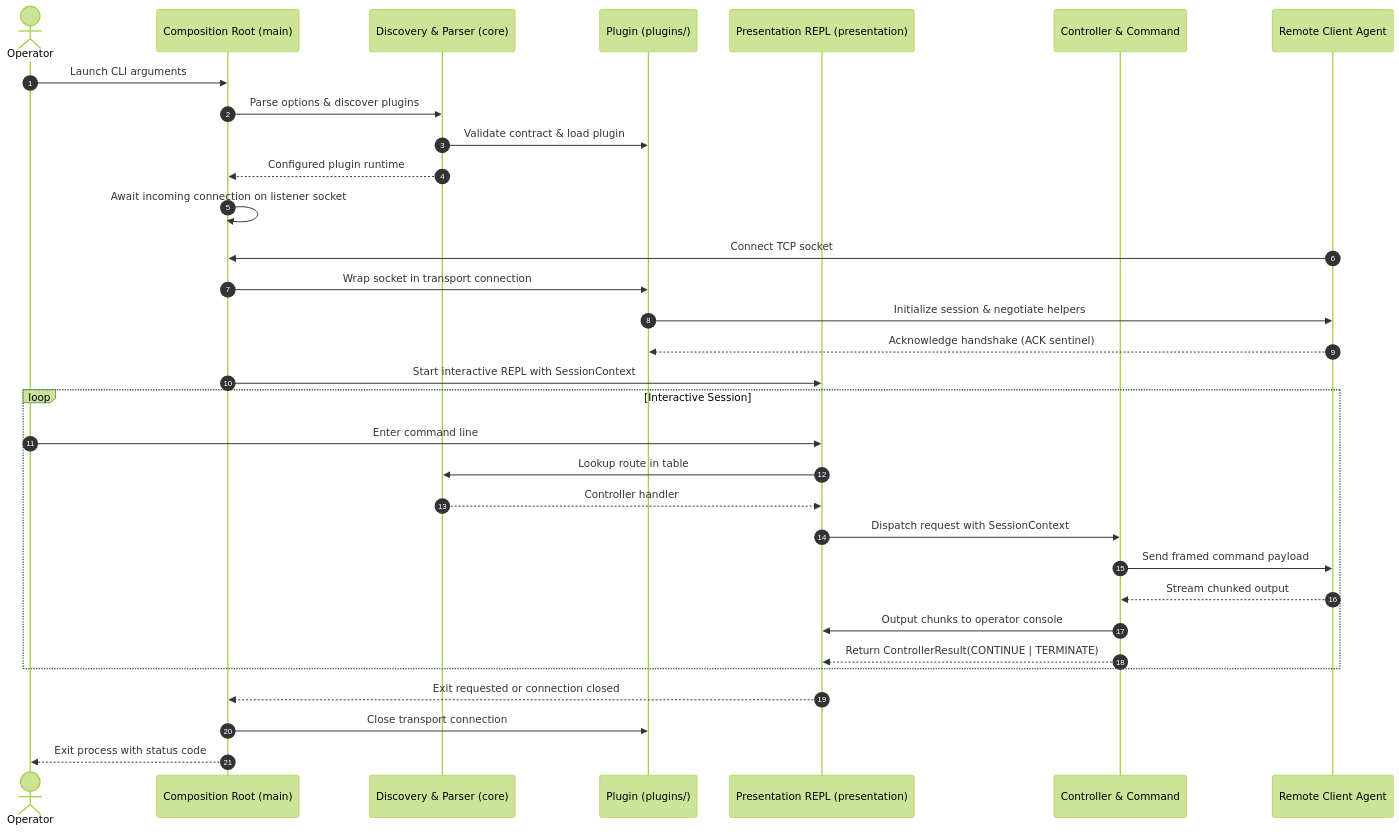
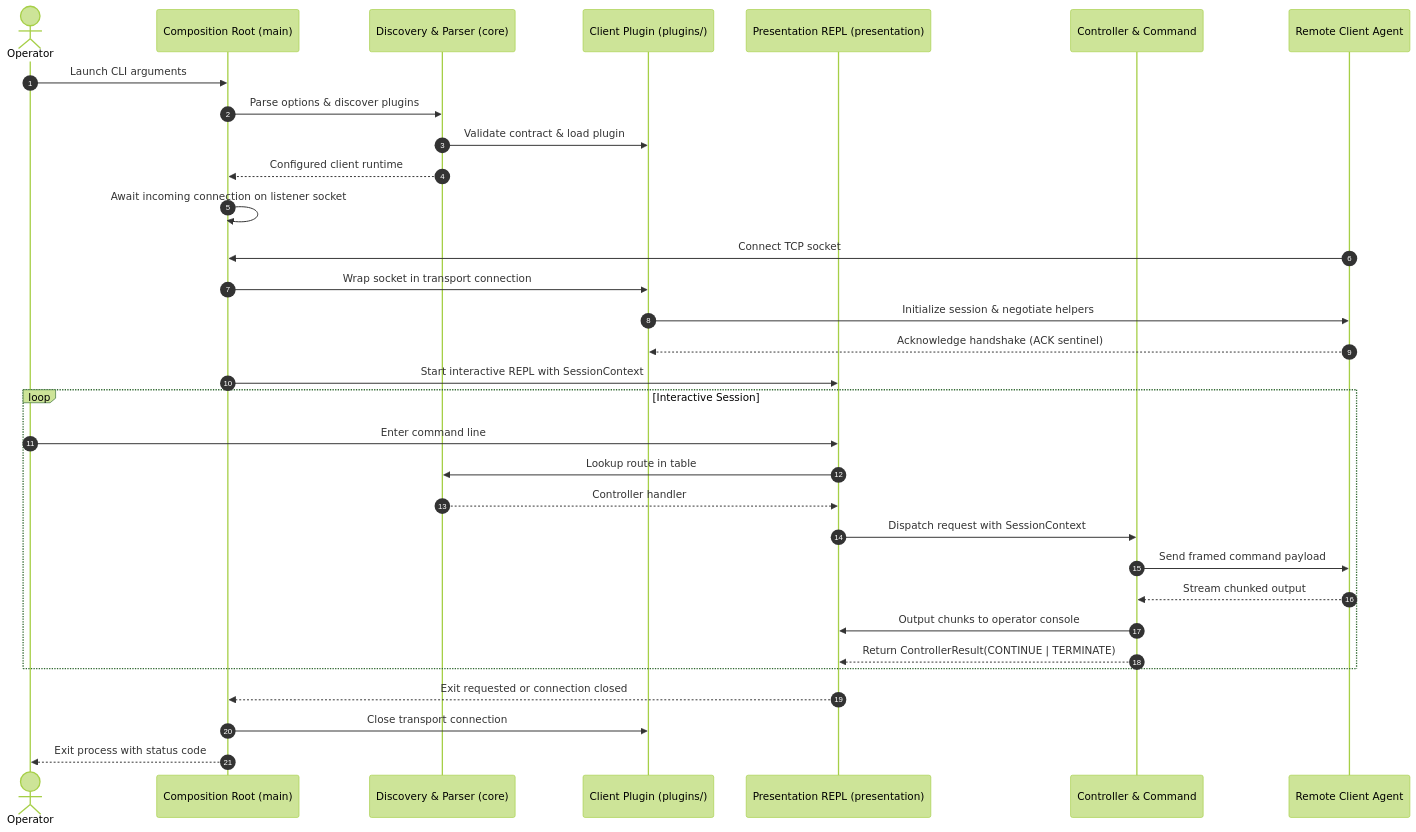
Before and after one commit to othon-hugo/declusor: the diagram in ARCHITECTURE.md, drawn with Mermaid (forest theme). The commit also changed other lines of this file and 28 other files, not shown here.

````diff
--- a/ARCHITECTURE.md
+++ b/ARCHITECTURE.md
@@ -168,37 +143,37 @@
 ```mermaid
 sequenceDiagram
     autonumber
     actor Operator
     participant Main as Composition Root (main)
     participant Core as Discovery & Parser (core)
-    participant Plugin as Plugin (plugins/)
+    participant Plugin as Client Plugin (plugins/)
     participant View as Presentation REPL (presentation)
     participant Controller as Controller & Command
     participant Remote as Remote Client Agent
 
     Operator->>Main: Launch CLI arguments
     Main->>Core: Parse options & discover plugins
     Core->>Plugin: Validate contract & load plugin
-    Core-->>Main: Configured plugin runtime
+    Core-->>Main: Configured client runtime
     Main->>Main: Await incoming connection on listener socket
     Remote->>Main: Connect TCP socket
     Main->>Plugin: Wrap socket in transport connection
     Plugin->>Remote: Initialize session & negotiate helpers
     Remote-->>Plugin: Acknowledge handshake (ACK sentinel)
     Main->>View: Start interactive REPL with SessionContext
 
     loop Interactive Session
         Operator->>View: Enter command line
         View->>Core: Lookup route in table
         Core-->>View: Controller handler
         View->>Controller: Dispatch request with SessionContext
         Controller->>Remote: Send framed command payload
         Remote-->>Controller: Stream chunked output
         Controller->>View: Output chunks to operator console
         Controller-->>View: Return ControllerResult(CONTINUE | TERMINATE)
     end
 
     View-->>Main: Exit requested or connection closed
     Main->>Plugin: Close transport connection
     Main-->>Operator: Exit process with status code
 ```
````
